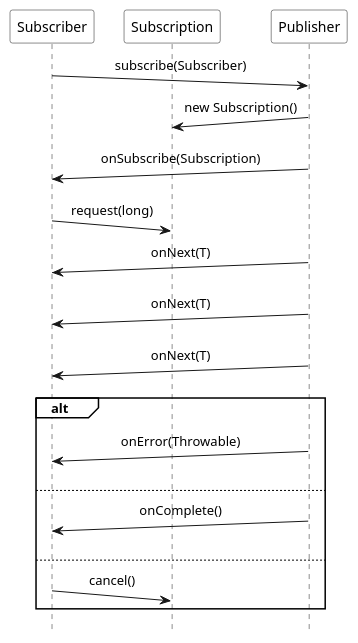
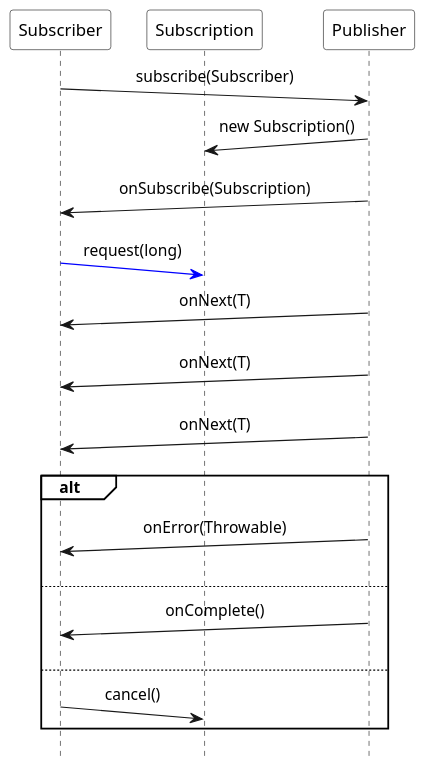
Before and after one commit to ti-cortex-m4/demo-java-reactive-streams-old: the diagram in images/pattern_Reactive_Streams.puml, drawn with PlantUML. The commit also changed 4 other files, not shown here.

```diff
--- a/images/pattern_Reactive_Streams.puml
+++ b/images/pattern_Reactive_Streams.puml
@@ -1,38 +1,38 @@
 @startuml
 
-scale 1.0
+scale 1.2
 hide footbox
 
 !pragma teoz true
 
-skinparam monochrome true
+'skinparam monochrome true
 skinparam defaultFontName Source Sans Pro
 skinparam sequenceMessageAlign center
 skinparam participantBackgroundColor #white
 skinparam noteBackgroundColor #white
 skinparam sequenceGroupBackgroundColor #white
 skinparam participantPadding 10
 
 participant Subscriber
 participant Subscription
 participant Publisher
 
 Subscriber ->(10) Publisher : subscribe(Subscriber)
 Publisher ->(10) Subscription : new Subscription()
 Publisher ->(10) Subscriber : onSubscribe(Subscription)
 
-Subscriber ->(10) Subscription : request(long)
+Subscriber -[#blue]>(10) Subscription : request(long)
 
 Publisher ->(10) Subscriber : onNext(T)
 Publisher ->(10) Subscriber : onNext(T)
 Publisher ->(10) Subscriber : onNext(T)
 
 alt
     Publisher ->(10) Subscriber : onError(Throwable)
 else
     Publisher ->(10) Subscriber : onComplete()
 else
     Subscriber ->(10) Subscription : cancel()
 end
 
 @enduml
```
